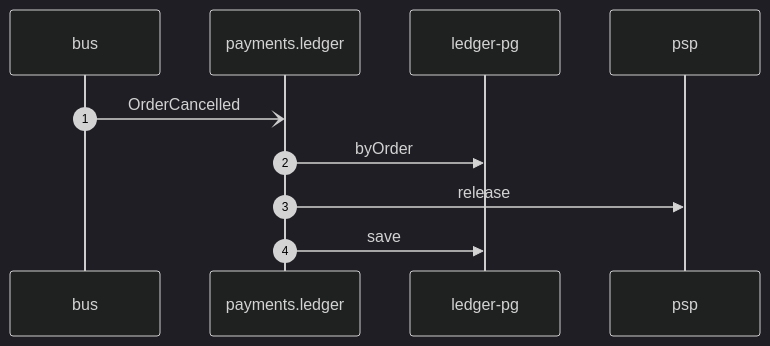
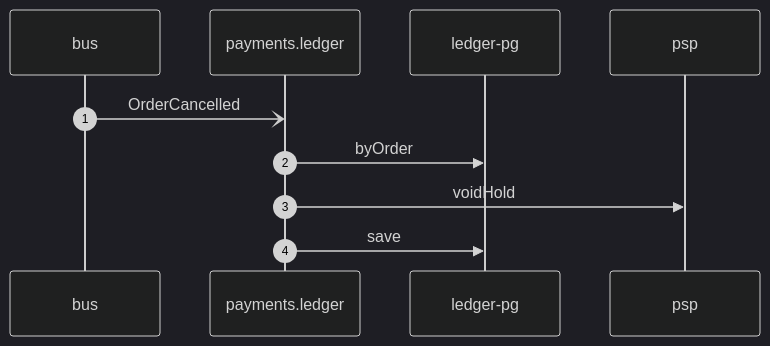
One commit to shortlink-org/portolan changed the diagram in docs/flows/ledger-void-payment-on-order-cancelled.md. Above: the diagram before and after it, drawn with Mermaid (dark theme). The commit also changed other lines of this file and 93 other files, not shown here.

````diff
--- a/docs/flows/ledger-void-payment-on-order-cancelled.md
+++ b/docs/flows/ledger-void-payment-on-order-cancelled.md
@@ -22,12 +22,12 @@
 ```mermaid
 sequenceDiagram
     autonumber
     participant p0 as bus
     participant p1 as payments.ledger
     participant p2 as ledger-pg
     participant p3 as psp
     p0-)p1: OrderCancelled
     p1->>p2: byOrder
-    p1->>p3: release
+    p1->>p3: voidHold
     p1->>p2: save
 ```
````
